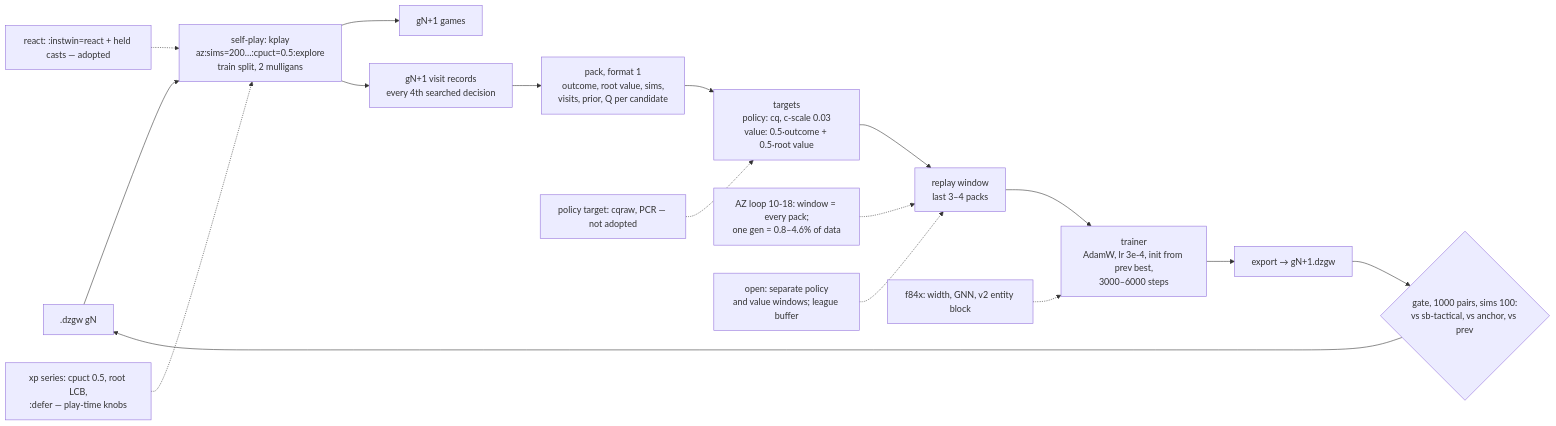
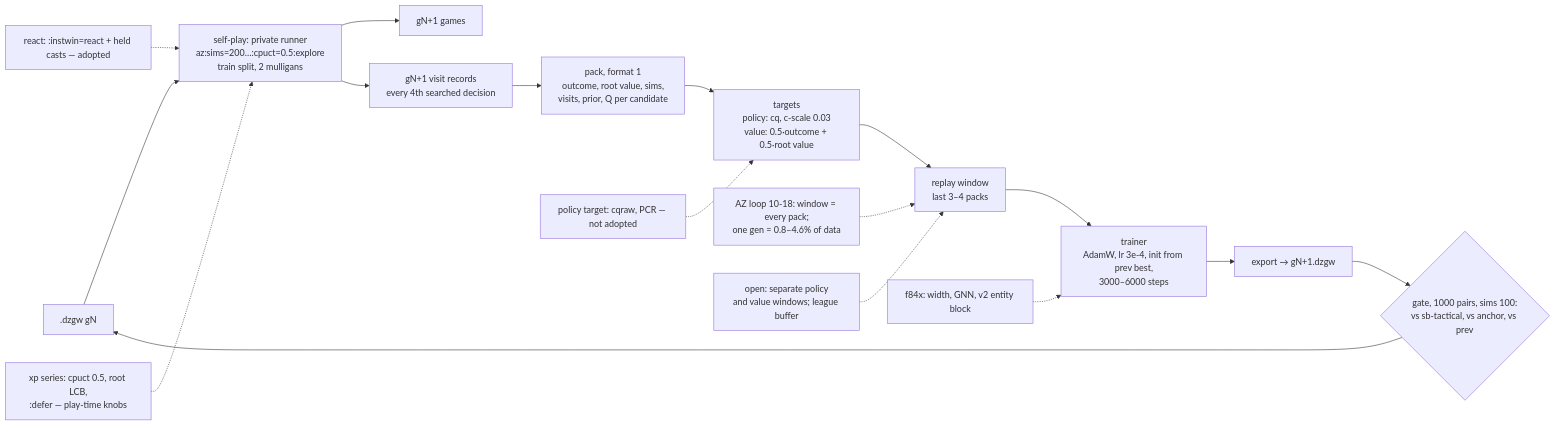
Before and after one commit to adams-shaun/gorge: the sixth of 6 diagrams in docs/site/research/architecture.md, drawn with Mermaid. The commit also changed other lines of this file and 12 other files, not shown here.

````diff
--- a/docs/site/research/architecture.md
+++ b/docs/site/research/architecture.md
@@ -268,20 +268,20 @@
 ```mermaid
 flowchart LR
-  NET0[".dzgw gN"] --> SP["self-play: kplay<br/>az:sims=200…:cpuct=0.5:explore<br/>train split, 2 mulligans"]
+  NET0[".dzgw gN"] --> SP["self-play: private runner<br/>az:sims=200…:cpuct=0.5:explore<br/>train split, 2 mulligans"]
   SP --> G["gN+1 games"]
   SP --> VR["gN+1 visit records<br/>every 4th searched decision"]
   VR --> PK["pack, format 1<br/>outcome, root value, sims,<br/>visits, prior, Q per candidate"]
   PK --> TG["targets<br/>policy: cq, c-scale 0.03<br/>value: 0.5·outcome + 0.5·root value"]
   TG --> WIN["replay window<br/>last 3–4 packs"]
   WIN --> TR["trainer<br/>AdamW, lr 3e-4, init from prev best,<br/>3000–6000 steps"]
   TR --> EX["export → gN+1.dzgw"]
   EX --> GT{"gate, 1000 pairs, sims 100:<br/>vs sb-tactical, vs anchor, vs prev"}
   GT --> NET0
 
   X1["AZ loop 10-18: window = every pack;<br/>one gen = 0.8–4.6% of data"] -.-> WIN
   X2["policy target: cqraw, PCR — not adopted"] -.-> TG
   X3["react: :instwin=react + held casts — adopted"] -.-> SP
   X4["xp series: cpuct 0.5, root LCB,<br/>:defer — play-time knobs"] -.-> SP
   X5["f84x: width, GNN, v2 entity block"] -.-> TR
   X6["open: separate policy<br/>and value windows; league buffer"] -.-> WIN
 ```
````
